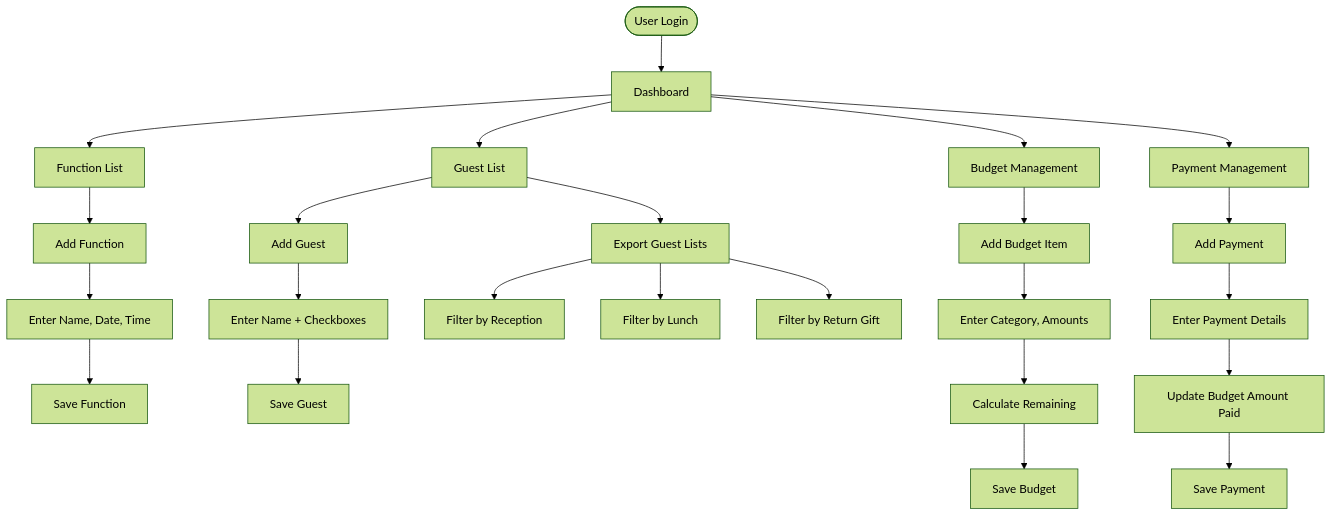
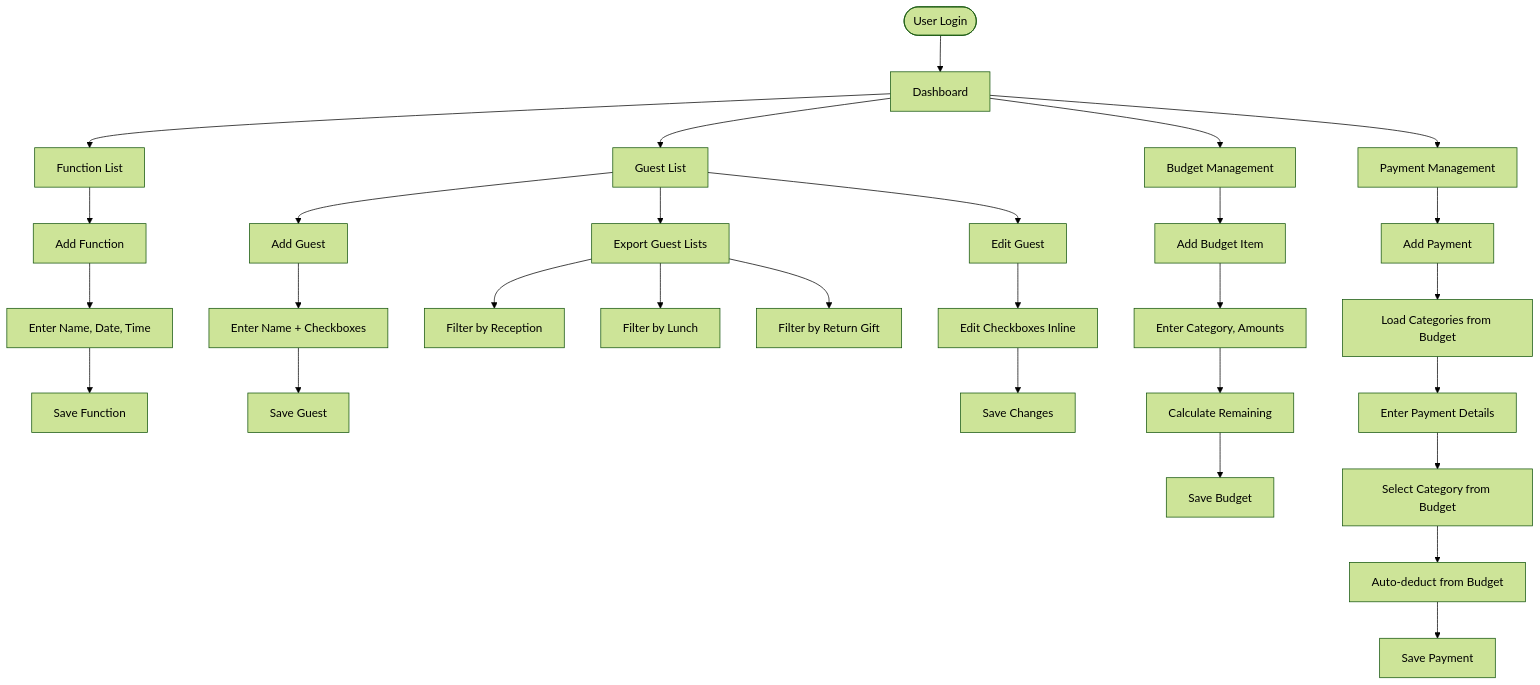
One commit to bansal6498/ShaadiApp changed the sixth of 8 diagrams in ARCHITECTURE.md. Above: the diagram before and after it, drawn with Mermaid (forest theme). The commit also changed other lines of this file and 2 other files, not shown here.

````diff
--- a/ARCHITECTURE.md
+++ b/ARCHITECTURE.md
@@ -343,30 +365,36 @@
 ```mermaid
 flowchart TD
     Start([User Login]) --> Dashboard[Dashboard]
     Dashboard --> Functions[Function List]
     Dashboard --> Guests[Guest List]
     Dashboard --> Budget[Budget Management]
     Dashboard --> Payments[Payment Management]
     
     Functions --> AddFunction[Add Function]
     AddFunction --> FunctionForm[Enter Name, Date, Time]
     FunctionForm --> SaveFunction[Save Function]
     
     Guests --> AddGuest[Add Guest]
     AddGuest --> GuestForm[Enter Name + Checkboxes]
     GuestForm --> SaveGuest[Save Guest]
     Guests --> ExportGuests[Export Guest Lists]
     ExportGuests --> FilterReception[Filter by Reception]
     ExportGuests --> FilterLunch[Filter by Lunch]
     ExportGuests --> FilterReturnGift[Filter by Return Gift]
     
     Budget --> AddBudget[Add Budget Item]
     AddBudget --> BudgetForm[Enter Category, Amounts]
     BudgetForm --> CalculateRemaining[Calculate Remaining]
     CalculateRemaining --> SaveBudget[Save Budget]
     
     Payments --> AddPayment[Add Payment]
-    AddPayment --> PaymentForm[Enter Payment Details]
-    PaymentForm --> UpdateBudget[Update Budget Amount Paid]
+    AddPayment --> LoadCategories[Load Categories from Budget]
+    LoadCategories --> PaymentForm[Enter Payment Details]
+    PaymentForm --> SelectCategory[Select Category from Budget]
+    SelectCategory --> UpdateBudget[Auto-deduct from Budget]
     UpdateBudget --> SavePayment[Save Payment]
+    
+    Guests --> EditGuest[Edit Guest]
+    EditGuest --> EditCheckboxes[Edit Checkboxes Inline]
+    EditCheckboxes --> SaveGuestChanges[Save Changes]
 ```
````
